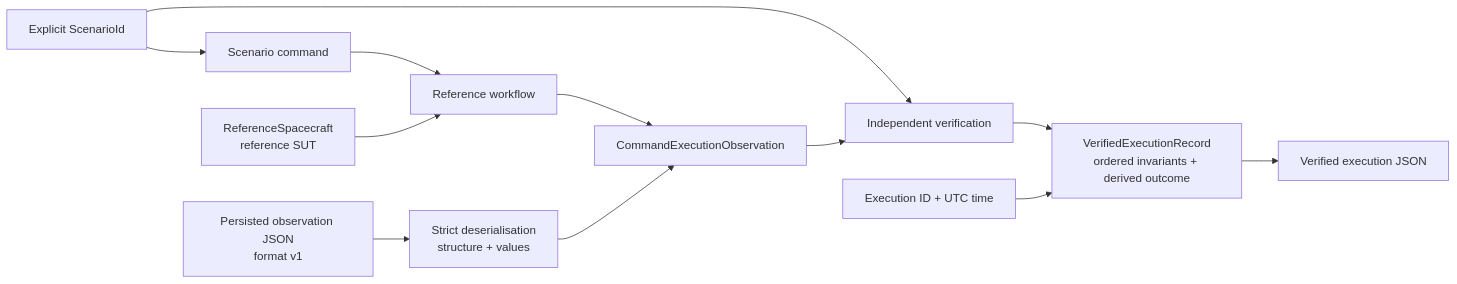
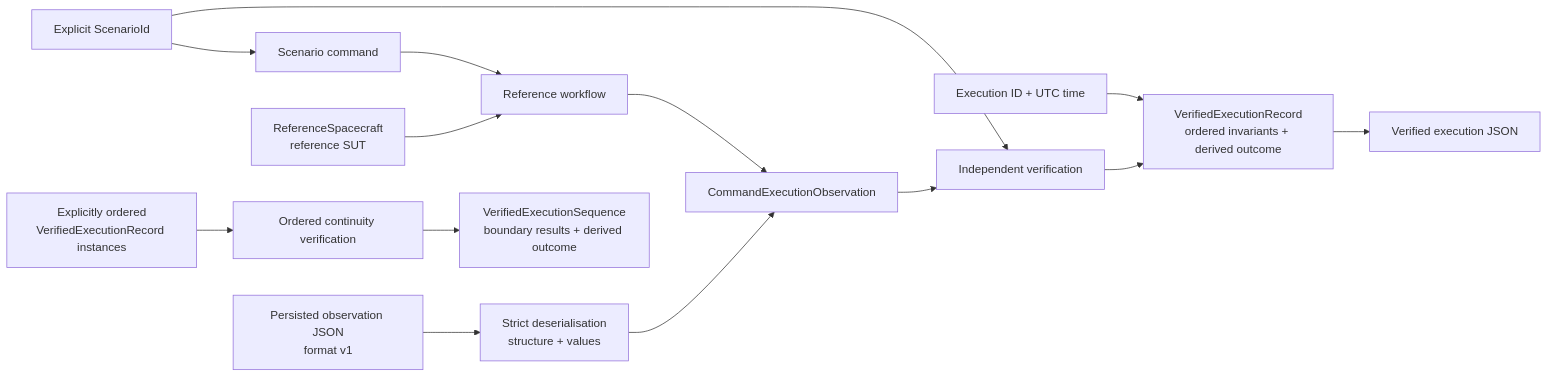
The diagram in README.md (NikolayAir/OrbiRig), drawn with Mermaid before and after one commit. The commit also changed other lines of this file, not shown here.

First line of the commit message:
Improve README verification overview (#26)

````diff
--- a/README.md
+++ b/README.md
@@ -20,16 +22,19 @@
 ```mermaid
 flowchart LR
     scenario["Explicit ScenarioId"] --> command["Scenario command"]
     command --> workflow["Reference workflow"]
     sut["ReferenceSpacecraft<br/>reference SUT"] --> workflow
     workflow --> observation["CommandExecutionObservation"]
 
     persisted["Persisted observation JSON<br/>format v1"] --> loader["Strict deserialisation<br/>structure + values"]
     loader --> observation
 
     scenario --> verifier["Independent verification"]
     observation --> verifier
-    verifier --> record["VerifiedExecutionRecord<br/>ordered invariants + derived outcome"]
-    metadata["Execution ID + UTC time"] --> record
+    metadata["Execution ID + UTC time"] --> record["VerifiedExecutionRecord<br/>ordered invariants + derived outcome"]
+    verifier --> record
     record --> evidence["Verified execution JSON"]
+
+    records["Explicitly ordered<br/>VerifiedExecutionRecord instances"] --> continuity["Ordered continuity verification"]
+    continuity --> sequence["VerifiedExecutionSequence<br/>boundary results + derived outcome"]
 ```
````
